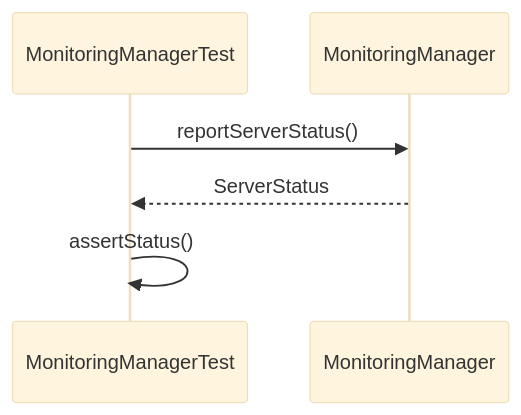
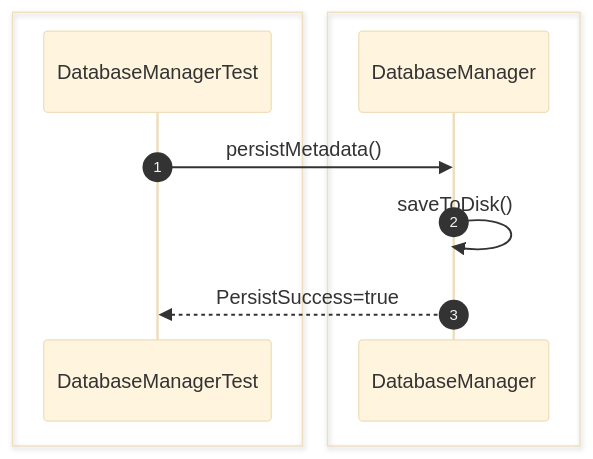
Before and after one commit to Huy1801214/dbms-architecture: diagram 20 of 52 in src/sequence/db-server.md, drawn with Mermaid (base theme). The commit also changed other lines of this file and 10 other files, not shown here.

Commit message:
add comprehensive sequence diagrams and documentation for system architecture and unit testing specifications

````diff
--- a/src/sequence/db-server.md
+++ b/src/sequence/db-server.md
@@ -175,10 +354,15 @@
 ```mermaid
 sequenceDiagram
-    participant Test as MonitoringManagerTest
-    participant Monitor as MonitoringManager
+    autonumber
 
-    Test->>Monitor: reportServerStatus()
-    Monitor-->>Test: ServerStatus
+    box #e1f5fe Test Suite
+    participant Test as DatabaseManagerTest
+    end
+    box #e3f2fd Server Managers
+    participant Manager as DatabaseManager
+    end
 
-    Test->>Test: assertStatus()
+    Test->>Manager: persistMetadata()
+    Manager->>Manager: saveToDisk()
+    Manager-->>Test: PersistSuccess=true
 ```
````
